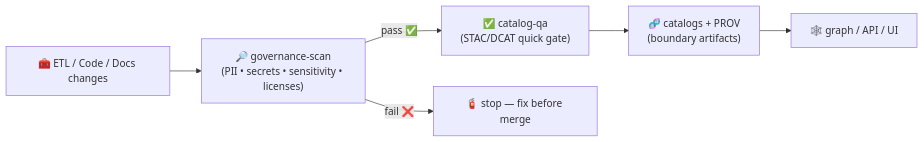
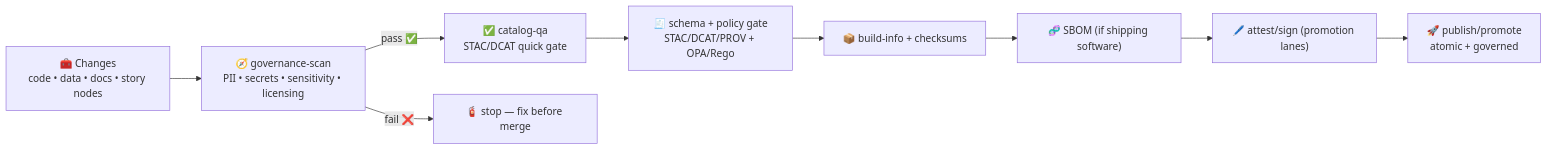
Before and after one commit to bartytime4life/Kansas-Frontier-Matrix: the diagram in .github/actions/governance-scan/README.md, drawn with Mermaid. The commit also changed other lines of this file, not shown here.

First line of the commit message:
Revise governance-scan README for clarity and updates

````diff
--- a/.github/actions/governance-scan/README.md
+++ b/.github/actions/governance-scan/README.md
@@ -82,8 +125,11 @@
 ```mermaid
 flowchart LR
-  A["🧰 ETL / Code / Docs changes"] --> B["🔎 governance-scan<br/>(PII • secrets • sensitivity • licenses)"]
-  B -->|pass ✅| C["✅ catalog-qa<br/>(STAC/DCAT quick gate)"]
-  C --> D["🧬 catalogs + PROV<br/>(boundary artifacts)"]
-  D --> E["🕸️ graph / API / UI"]
+  A["🧰 Changes<br/>code • data • docs • story nodes"] --> B["🧭 governance-scan<br/>PII • secrets • sensitivity • licensing"]
+  B -->|pass ✅| C["✅ catalog-qa<br/>STAC/DCAT quick gate"]
+  C --> D["🧾 schema + policy gate<br/>STAC/DCAT/PROV + OPA/Rego"]
+  D --> E["📦 build-info + checksums"]
+  E --> F["🧬 SBOM (if shipping software)"]
+  F --> G["🖊️ attest/sign (promotion lanes)"]
+  G --> H["🚀 publish/promote<br/>atomic + governed"]
   B -->|fail ❌| X["🧯 stop — fix before merge"]
 ```
````
